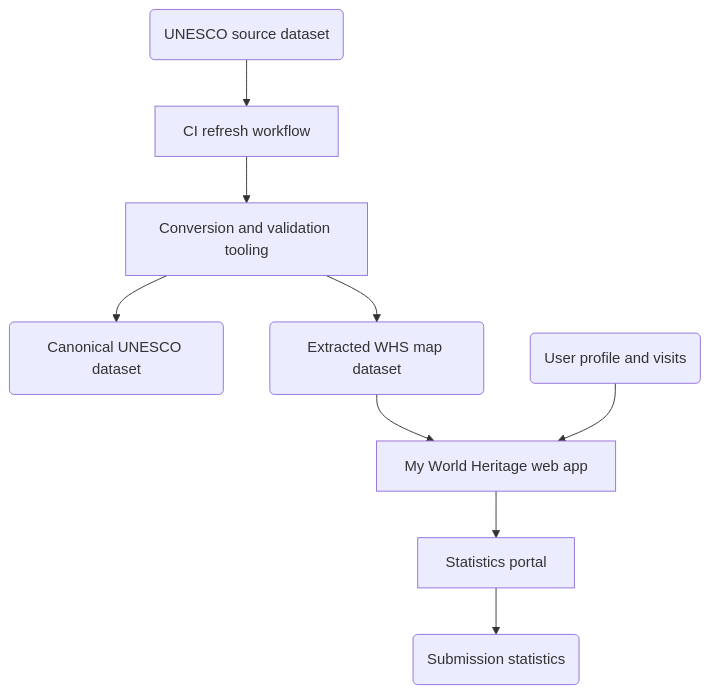
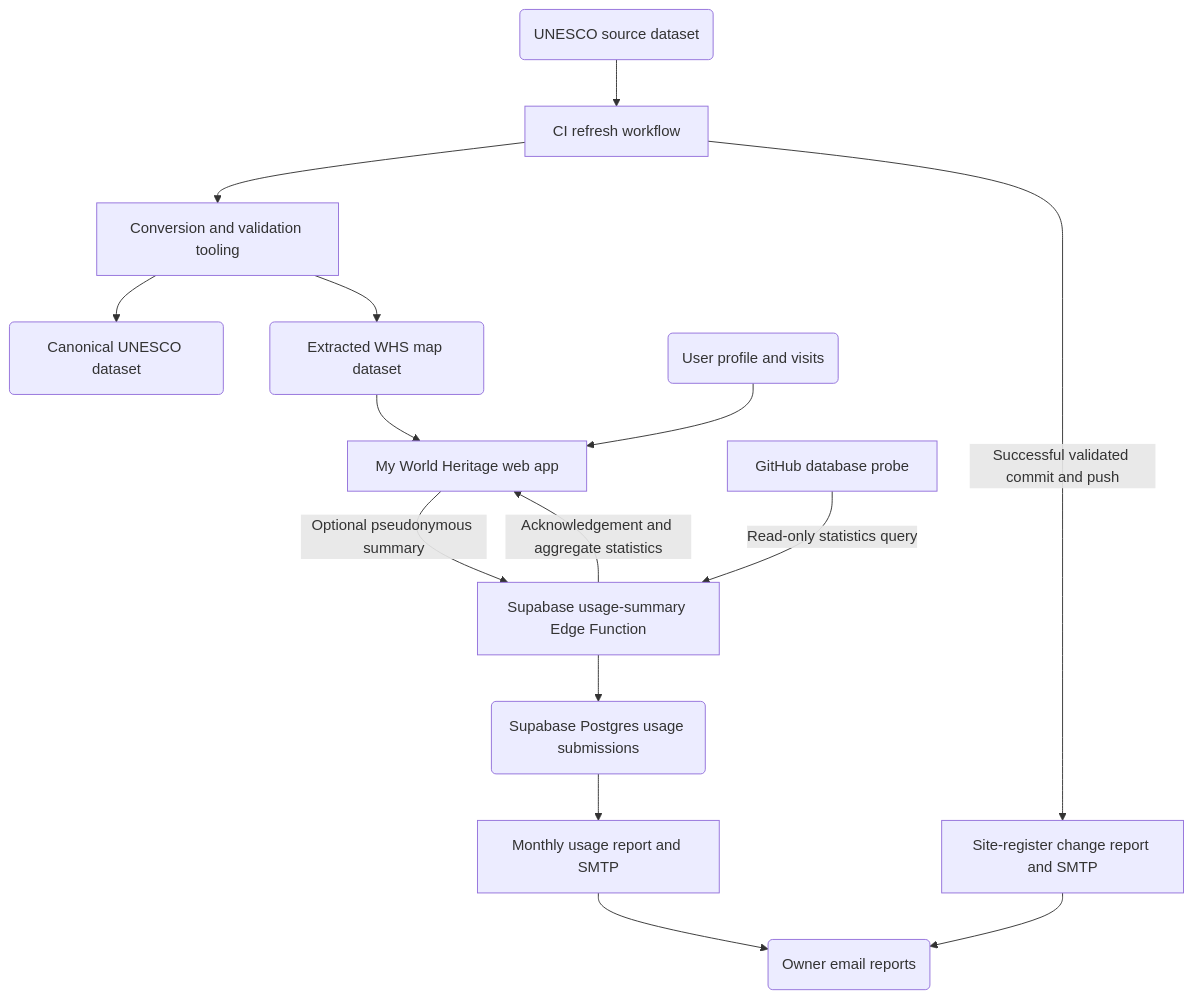
Before and after one commit to pekka-28/unesco: the diagram in Requirements.md, drawn with Mermaid. The commit also changed other lines of this file and 19 other files, not shown here.

````diff
--- a/Requirements.md
+++ b/Requirements.md
@@ -26,22 +26,32 @@
 ```mermaid
 flowchart TD
   A1(UNESCO source dataset)
   A2(Canonical UNESCO dataset)
   A3(Extracted WHS map dataset)
   A4(User profile and visits)
-  A5(Submission statistics)
+  A5(Supabase Postgres usage submissions)
+  A6(Owner email reports)
 
   P1[CI refresh workflow]
   P2[Conversion and validation tooling]
   P3[My World Heritage web app]
-  P4[Statistics portal]
+  P4[Supabase usage-summary Edge Function]
+  P5[GitHub database probe]
+  P6[Monthly usage report and SMTP]
+  P7[Site-register change report and SMTP]
 
   A1 --> P1
   P1 --> P2
   P2 --> A2
   P2 --> A3
   A3 --> P3
   A4 --> P3
-  P3 --> P4
+  P3 -->|Optional pseudonymous summary| P4
   P4 --> A5
+  P4 -->|Acknowledgement and aggregate statistics| P3
+  P5 -->|Read-only statistics query| P4
+  A5 --> P6
+  P6 --> A6
+  P1 -->|Successful validated commit and push| P7
+  P7 --> A6
 ```
````
